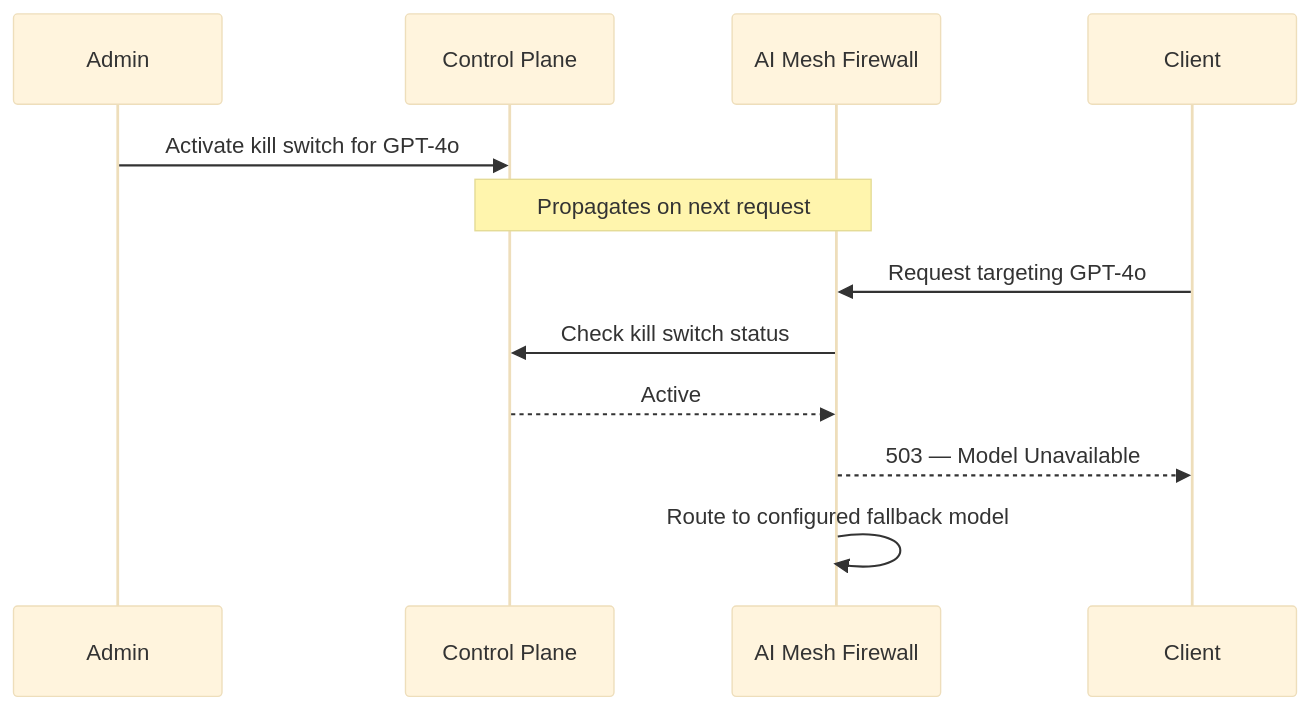
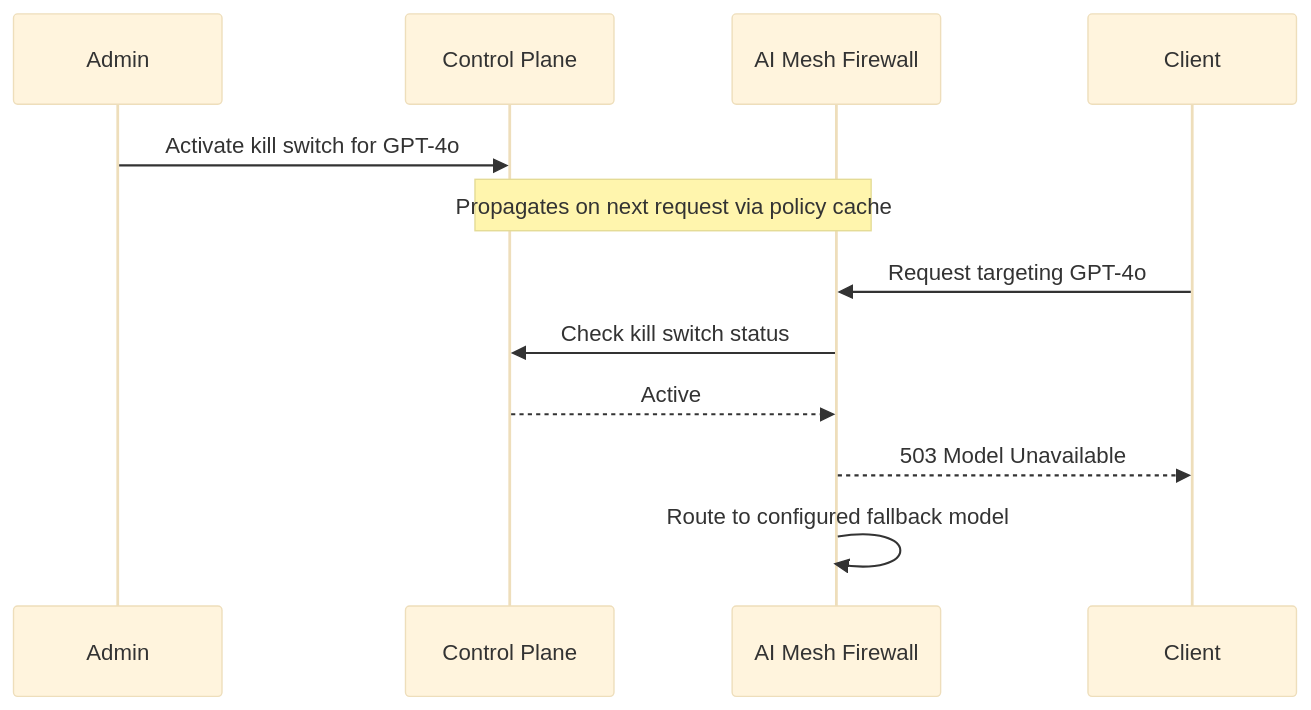
The seventh of 7 diagrams in README.md (vartulzeroshieldai/AIMeshFirewall), drawn with Mermaid (base theme) before and after one commit. The commit also changed other lines of this file, not shown here.

````diff
--- a/README.md
+++ b/README.md
@@ -451,15 +397,15 @@
 ```mermaid
 sequenceDiagram
     participant Admin
     participant ControlPlane as Control Plane
     participant Gateway as AI Mesh Firewall
     participant Client
 
     Admin->>ControlPlane: Activate kill switch for GPT-4o
-    Note over ControlPlane,Gateway: Propagates on next request
+    Note over ControlPlane,Gateway: Propagates on next request via policy cache
     Client->>Gateway: Request targeting GPT-4o
     Gateway->>ControlPlane: Check kill switch status
     ControlPlane-->>Gateway: Active
-    Gateway-->>Client: 503 — Model Unavailable
+    Gateway-->>Client: 503 Model Unavailable
     Gateway->>Gateway: Route to configured fallback model
 ```
````
